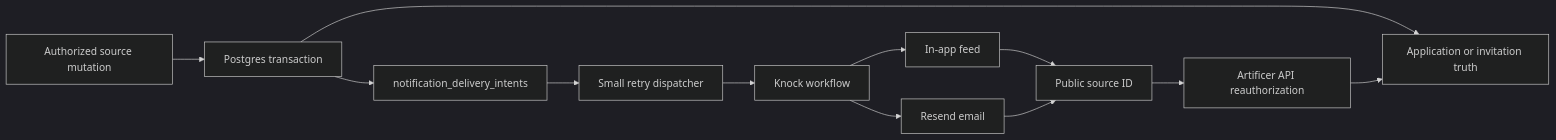
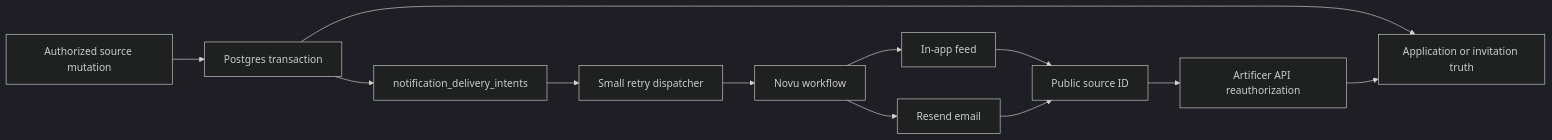
The first of 2 diagrams in docs/roadmap/05-notifications-and-delivery.md (MPiland/artificer-toolkit), drawn with Mermaid (dark theme) before and after one commit. The commit also changed other lines of this file and 306 other files, not shown here.

````diff
--- a/docs/roadmap/05-notifications-and-delivery.md
+++ b/docs/roadmap/05-notifications-and-delivery.md
@@ -49,14 +50,14 @@
 ```mermaid
 flowchart LR
   Source["Authorized source mutation"] --> Tx["Postgres transaction"]
   Tx --> Domain["Application or invitation truth"]
   Tx --> Intent["notification_delivery_intents"]
   Intent --> Dispatcher["Small retry dispatcher"]
-  Dispatcher --> Knock["Knock workflow"]
-  Knock --> Inbox["In-app feed"]
-  Knock --> Resend["Resend email"]
+  Dispatcher --> Novu["Novu workflow"]
+  Novu --> Inbox["In-app feed"]
+  Novu --> Resend["Resend email"]
   Inbox --> Link["Public source ID"]
   Resend --> Link
   Link --> API["Artificer API reauthorization"]
   API --> Domain
 ```
````
